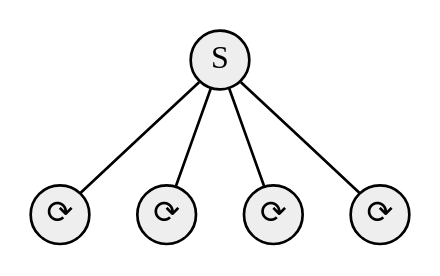
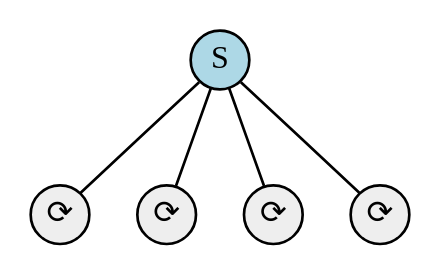
The seventh of 18 diagrams in presentation.org (dont-rely-on-nulls/gambiconf-2025), drawn with Graphviz before and after one commit. The commit also changed other lines of this file and 19 other files, not shown here.

```diff
--- a/presentation.org
+++ b/presentation.org
@@ -423,30 +423,30 @@
     #+BEGIN_SRC dot :file ./img/erlang_supervisor_o4a_2.png :cmdline -Kdot -Tpng :exports results
     graph g {
-            ratio=fill
-            splines=spline
-            overlap=scale
+      ratio=fill
+      splines=spline
+      overlap=scale
 
-            node [
-            label="⟳", 
-            xlabel="",
-            shape=circle,
-            fixedsize=true,
-            width=0.3,
-            color="black",
-            fillcolor="#eeeeee",
-            style="filled,solid",
-            fontsize=12
-            ]
+      node [
+        label="⟳", 
+        xlabel="",
+        shape=circle,
+        fixedsize=true,
+        width=0.3,
+        color="black",
+        fillcolor="#eeeeee",
+        style="filled,solid",
+        fontsize=12
+      ]
 
-            sup [label="S", pos="1,1"]
-            w1 [pos="0,0"]
-            w2 [pos="0,1"]
-            w3 [pos="0,2"]
-            w4 [pos="0,3"]
+      sup [label="S", pos="1,1", fillcolor="lightblue"]
+      w1 [pos="0,0"]
+      w2 [pos="0,1"]
+      w3 [pos="0,2"]
+      w4 [pos="0,3"]
 
-            sup -- w1
-            sup -- w2
-            sup -- w3
-            sup -- w4
+      sup -- w1
+      sup -- w2
+      sup -- w3
+      sup -- w4
     }
     #+END_SRC
```
